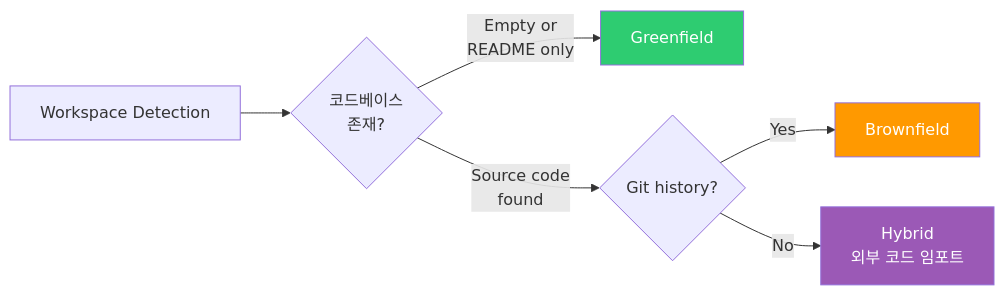
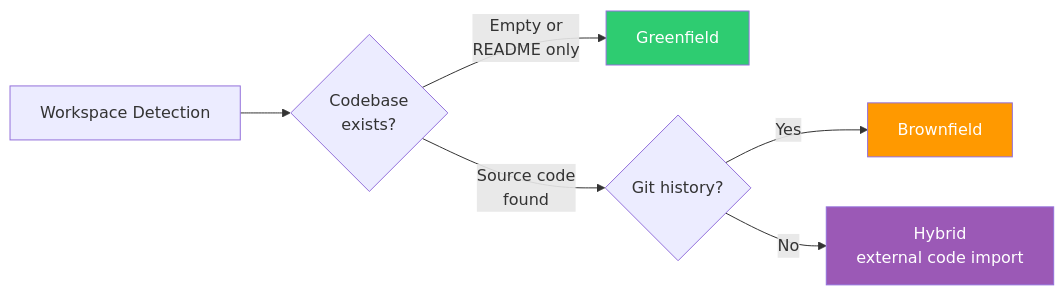
One commit to devfloor9/engineering-playbook changed the second of 9 diagrams in docs/aidlc/methodology/adaptive-execution.md. Above: the diagram before and after it, drawn with Mermaid. The commit also changed other lines of this file and 954 other files, not shown here.

````diff
--- a/docs/aidlc/methodology/adaptive-execution.md
+++ b/docs/aidlc/methodology/adaptive-execution.md
@@ -76,12 +76,12 @@
 ```mermaid
 flowchart LR
-    WD[Workspace Detection] --> CHECK1{코드베이스<br/>존재?}
+    WD[Workspace Detection] --> CHECK1{Codebase<br/>exists?}
     CHECK1 -->|Empty or<br/>README only| GREEN[Greenfield]
     CHECK1 -->|Source code<br/>found| CHECK2{Git history?}
     CHECK2 -->|Yes| BROWN[Brownfield]
-    CHECK2 -->|No| HYBRID[Hybrid<br/>외부 코드 임포트]
+    CHECK2 -->|No| HYBRID[Hybrid<br/>external code import]
 
     style GREEN fill:#2ecc71,color:#fff
     style BROWN fill:#ff9900,color:#fff
     style HYBRID fill:#9b59b6,color:#fff
 ```
````
